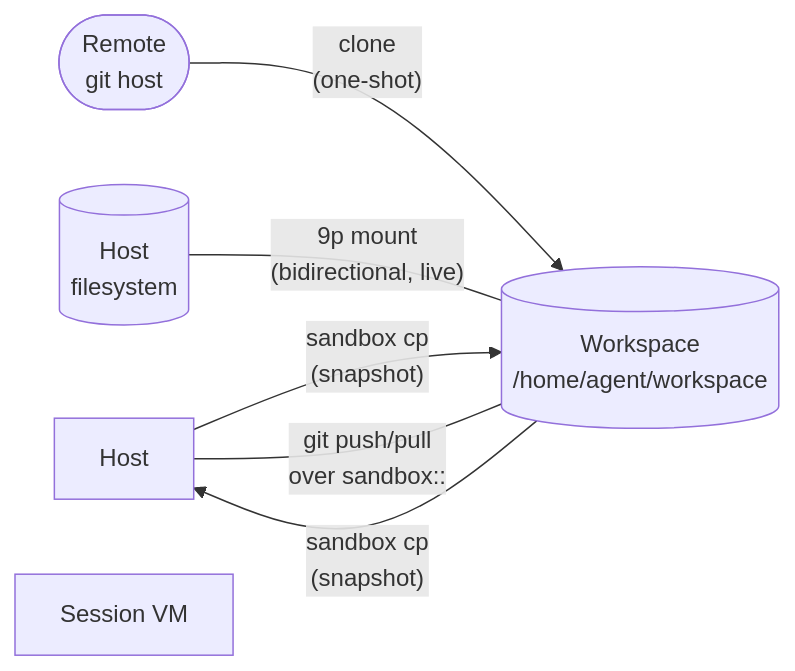
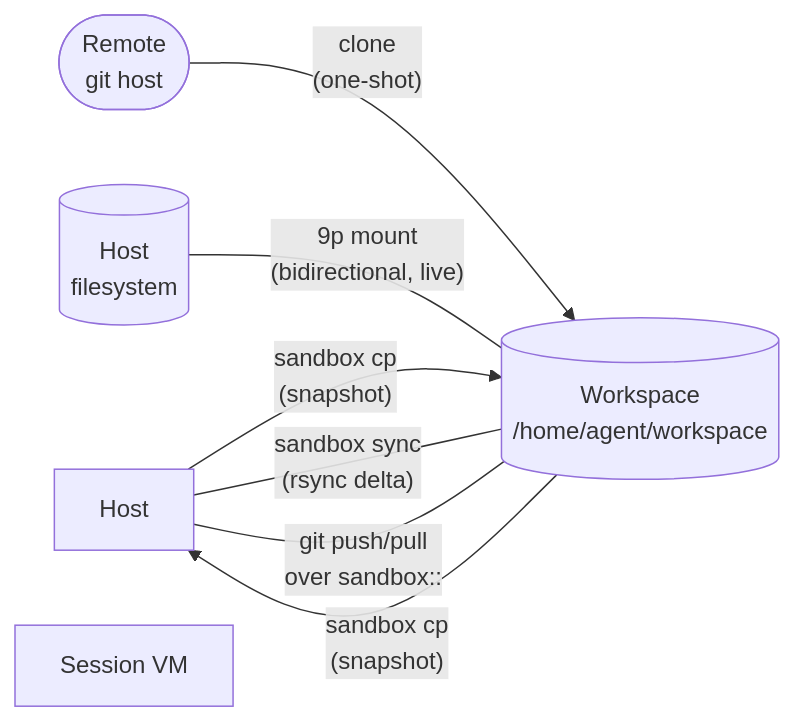
Before and after one commit to Koriit/sandboxd: the diagram in docs/concepts/workspaces.md, drawn with Mermaid. The commit also changed other lines of this file and 13 other files, not shown here.

````diff
--- a/docs/concepts/workspaces.md
+++ b/docs/concepts/workspaces.md
@@ -51,14 +56,15 @@
 ```mermaid
 flowchart LR
     Host["Host"]
     HostFS[("Host<br/>filesystem")]
     Remote(["Remote<br/>git host"])
     VM["Session VM"]
     WS[("Workspace<br/>/home/agent/workspace")]
 
     Remote -- "clone<br/>(one-shot)" --> WS
     HostFS -- "9p mount<br/>(bidirectional, live)" --- WS
     Host -- "sandbox cp<br/>(snapshot)" --> WS
     WS -- "sandbox cp<br/>(snapshot)" --> Host
+    Host -- "sandbox sync<br/>(rsync delta)" --- WS
     Host -- "git push/pull<br/>over sandbox::" --- WS
 ```
````
